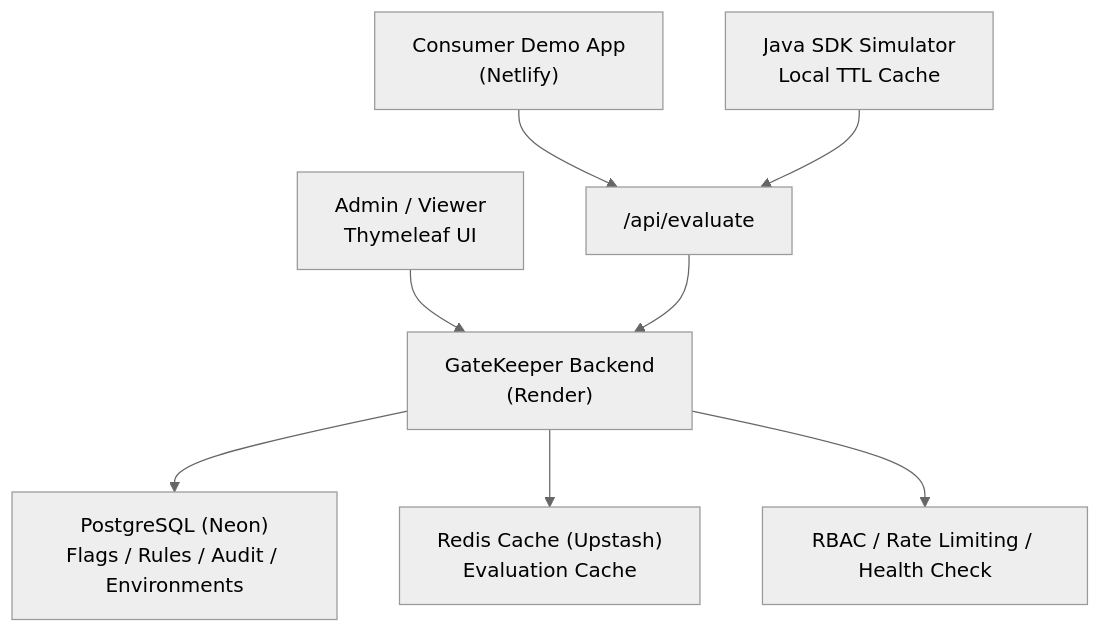
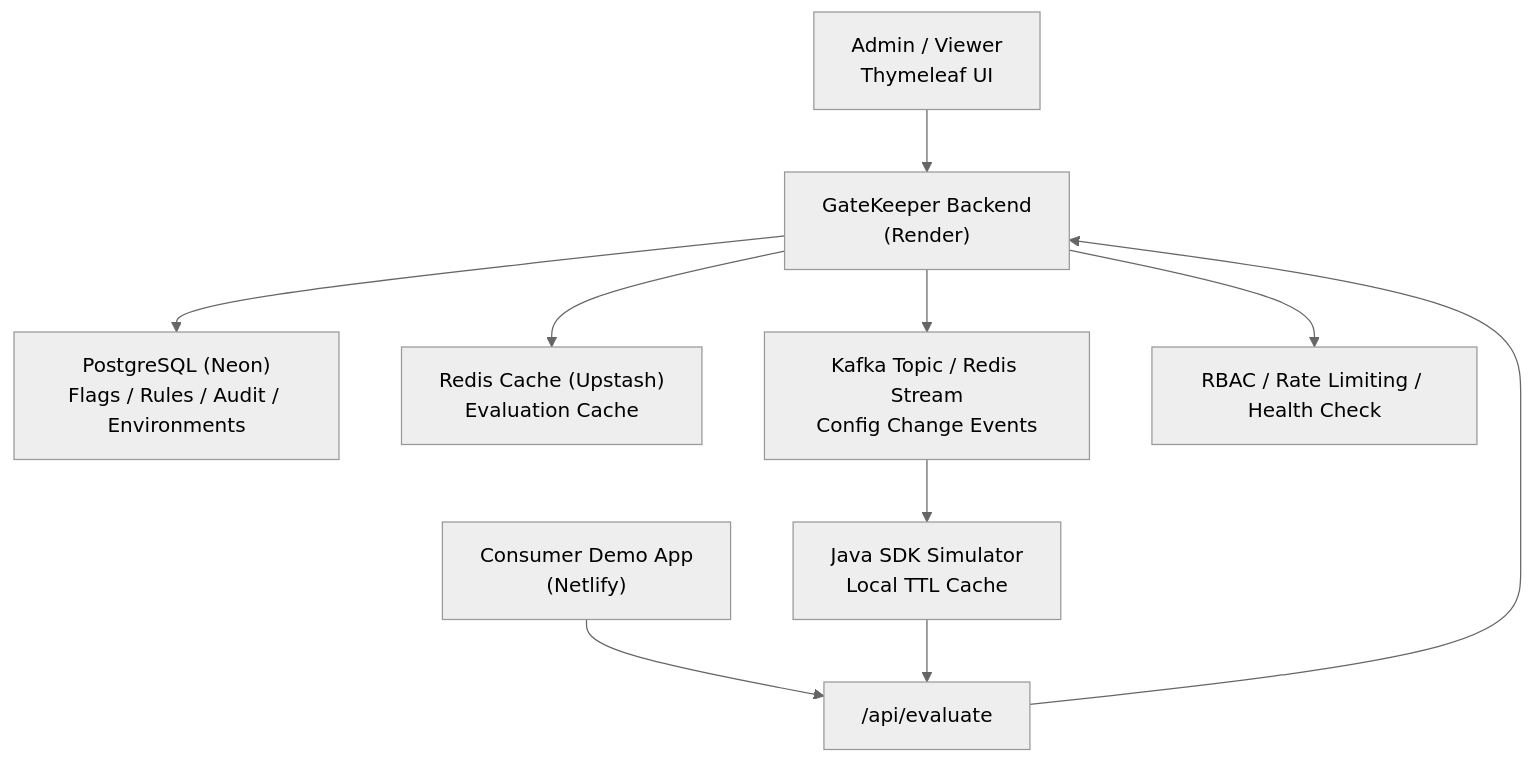
The first of 2 diagrams in README.md (Varun1300211/gatekeeper), drawn with Mermaid (neutral theme) before and after one commit. The commit also changed other lines of this file and 20 other files, not shown here.

````diff
--- a/README.md
+++ b/README.md
@@ -43,10 +45,12 @@
 ```mermaid
 flowchart TB
     A["Admin / Viewer<br/>Thymeleaf UI"] --> B["GateKeeper Backend<br/>(Render)"]
     F["Consumer Demo App<br/>(Netlify)"] --> G["/api/evaluate"]
     H["Java SDK Simulator<br/>Local TTL Cache"] --> G
     G --> B
     B --> C["PostgreSQL (Neon)<br/>Flags / Rules / Audit / Environments"]
     B --> D["Redis Cache (Upstash)<br/>Evaluation Cache"]
+    B --> I["Kafka Topic / Redis Stream<br/>Config Change Events"]
+    I --> H
     B --> E["RBAC / Rate Limiting / Health Check"]
 ```
````
